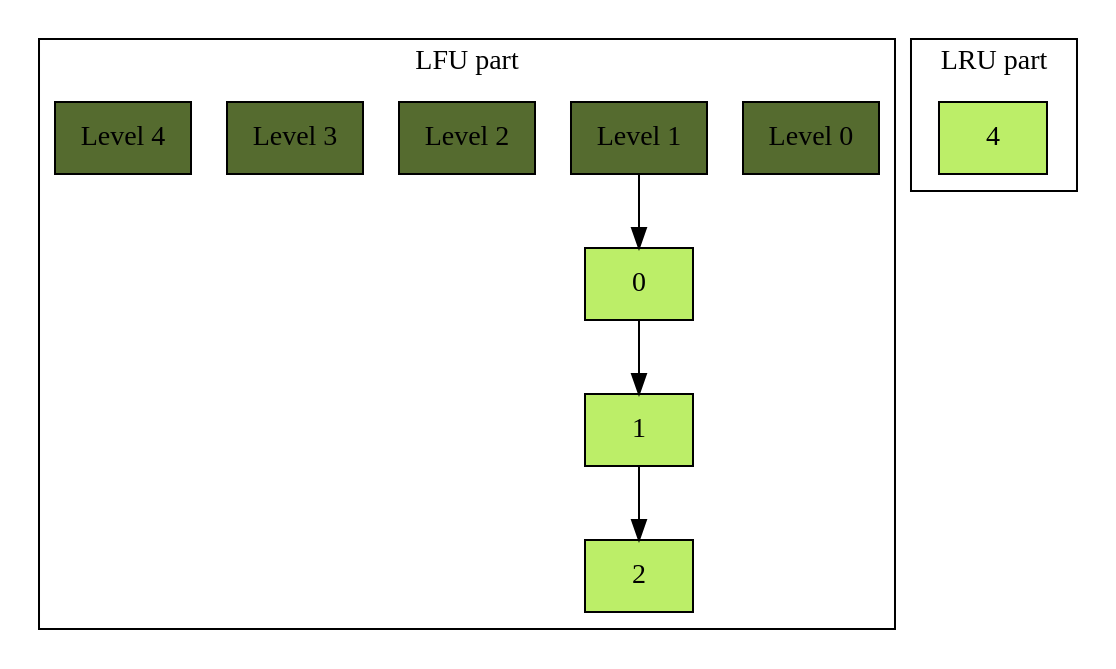
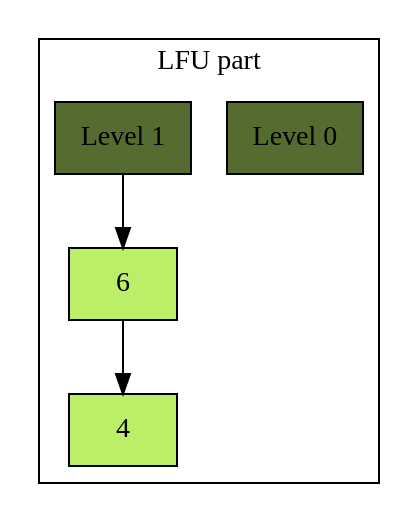
One commit to greggregbean/cache changed the diagram in graph.dot. Above: the diagram before and after it, drawn with Graphviz. The commit also changed 11 other files, not shown here.

```diff
--- a/graph.dot
+++ b/graph.dot
@@ -1,24 +1,18 @@
 digraph {
     subgraph cluster_lfu {
         node [shape=record, fillcolor = darkolivegreen2, style = filled ]
         label = "LFU part";
         Level_0[ fillcolor = darkolivegreen, label = "Level 0"] 
         Level_1[ fillcolor = darkolivegreen, label = "Level 1"] 
-        0 [ label = " 0 "] 
-        1 [ label = " 1 "] 
-        2 [ label = " 2 "] 
-        0 -> 1; 
-        1 -> 2; 
-        Level_1 -> 0; 
+        6 [ label = " 6 "] 
+        4 [ label = " 4 "] 
+        6 -> 4; 
+        Level_1 -> 6; 
 
-        Level_2[ fillcolor = darkolivegreen, label = "Level 2"] 
-        Level_3[ fillcolor = darkolivegreen, label = "Level 3"] 
-        Level_4[ fillcolor = darkolivegreen, label = "Level 4"] 
     }
     subgraph cluster_lru {
         node [shape=record, fillcolor = darkolivegreen2, style = filled ]
         label = "LRU part";
-        4 [ label = " 4 "] 
     }
 
 }
```
